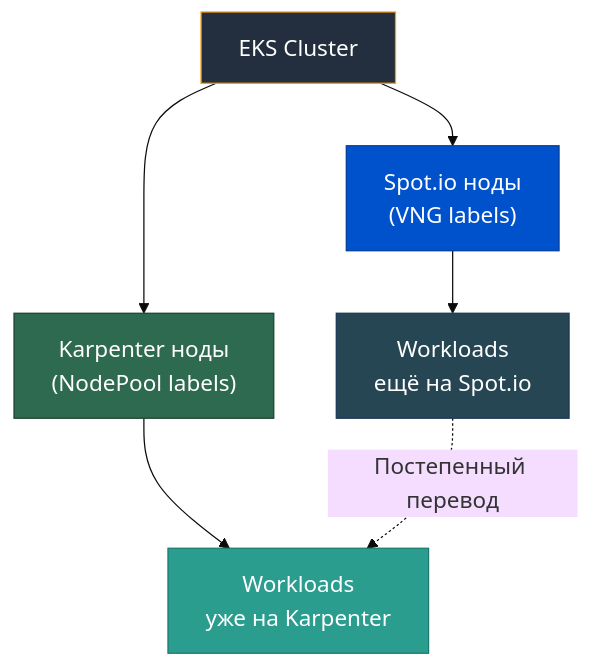
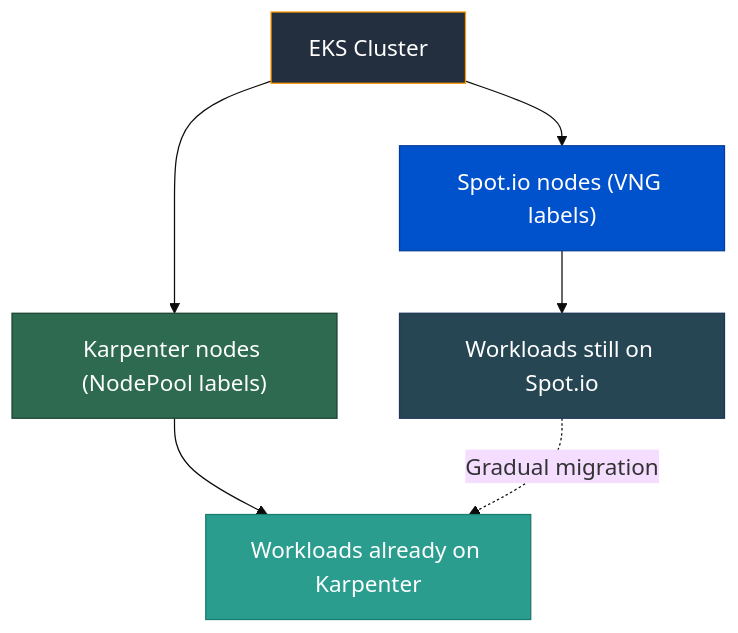
The sixth of 10 diagrams in docs/articles/from_spot_io_to_karpenter/readme.MD (ViktorUJ/cks), drawn with Mermaid before and after one commit. The commit also changed other lines of this file and 1 other file, not shown here.

Commit message:
add article migration to karpenter

````diff
--- a/docs/articles/from_spot_io_to_karpenter/readme.MD
+++ b/docs/articles/from_spot_io_to_karpenter/readme.MD
@@ -348,24 +351,24 @@
 ```mermaid
 ---
 config:
   theme: base
   themeVariables:
     fontSize: 18px
     nodeSpacing: 50
     rankSpacing: 70
 ---
 graph TD
-    CLUSTER["EKS Cluster"] --> SPOT_NODES["Spot.io ноды\n(VNG labels)"]
-    CLUSTER --> KARP_NODES["Karpenter ноды\n(NodePool labels)"]
+    CLUSTER["EKS Cluster"] --> SPOT_NODES["Spot.io nodes (VNG labels)"]
+    CLUSTER --> KARP_NODES["Karpenter nodes (NodePool labels)"]
 
-    SPOT_NODES --> W1["Workloads\nещё на Spot.io"]
-    KARP_NODES --> W2["Workloads\nуже на Karpenter"]
+    SPOT_NODES --> W1["Workloads still on Spot.io"]
+    KARP_NODES --> W2["Workloads already on Karpenter"]
 
-    W1 -.->|"Постепенный перевод"| W2
+    W1 -.->|"Gradual migration"| W2
 
     style CLUSTER fill:#232f3e,stroke:#ff9900,color:#fff
     style SPOT_NODES fill:#0052cc,stroke:#003d99,color:#fff
     style KARP_NODES fill:#2d6a4f,stroke:#1b4332,color:#fff
     style W1 fill:#264653,stroke:#1d3557,color:#fff
     style W2 fill:#2a9d8f,stroke:#1a7a6d,color:#fff
 ```
````
